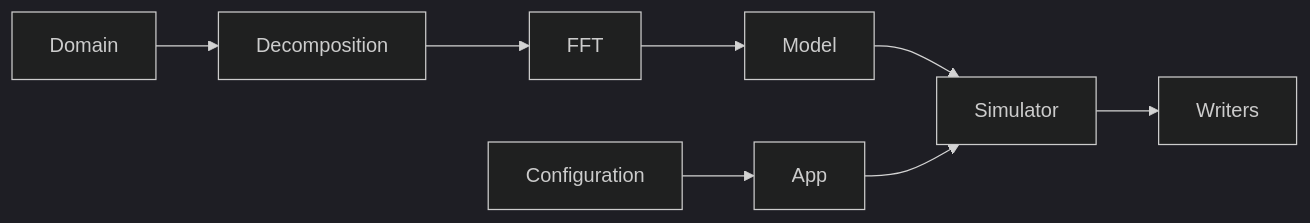
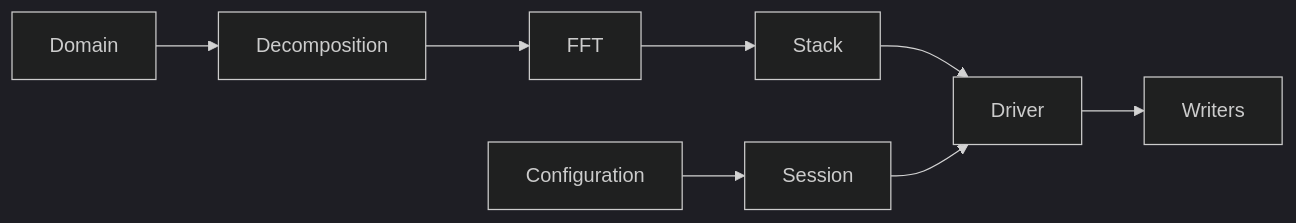
One commit to VTT-ProperTune/OpenPFC changed the second of 2 diagrams in docs/concepts/architecture.md. Above: the diagram before and after it, drawn with Mermaid (dark theme). The commit also changed other lines of this file and 19 other files, not shown here.

````diff
--- a/docs/concepts/architecture.md
+++ b/docs/concepts/architecture.md
@@ -128,7 +128,7 @@
 ```mermaid
 flowchart LR
   Domain --> Decomposition --> FFT
-  FFT --> Model --> Simulator
-  Configuration --> App --> Simulator
-  Simulator --> Writers
+  FFT --> Stack --> Driver
+  Configuration --> Session --> Driver
+  Driver --> Writers
 ```
````
